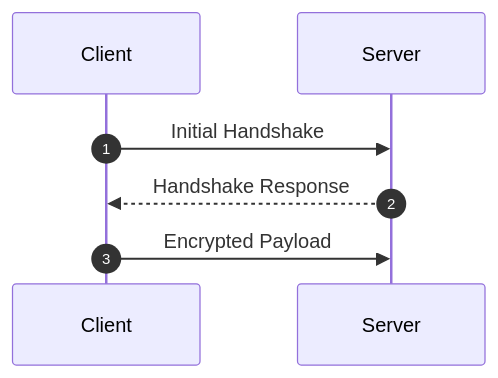
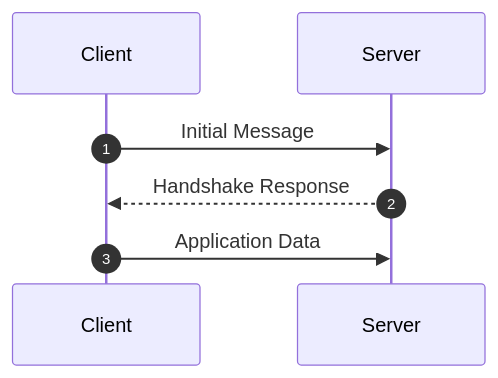
The diagram in templates/RFC_TEMPLATE.md (Namanbhatt-01/learningfromvaliddoc), drawn with Mermaid before and after one commit. The commit also changed other lines of this file and 8 other files, not shown here.

````diff
--- a/templates/RFC_TEMPLATE.md
+++ b/templates/RFC_TEMPLATE.md
@@ -29,7 +30,7 @@
 ```mermaid
 sequenceDiagram
     autonumber
-    Client->>Server: Initial Handshake
+    Client->>Server: Initial Message
     Server-->>Client: Handshake Response
-    Client->>Server: Encrypted Payload
+    Client->>Server: Application Data
 ```
````
